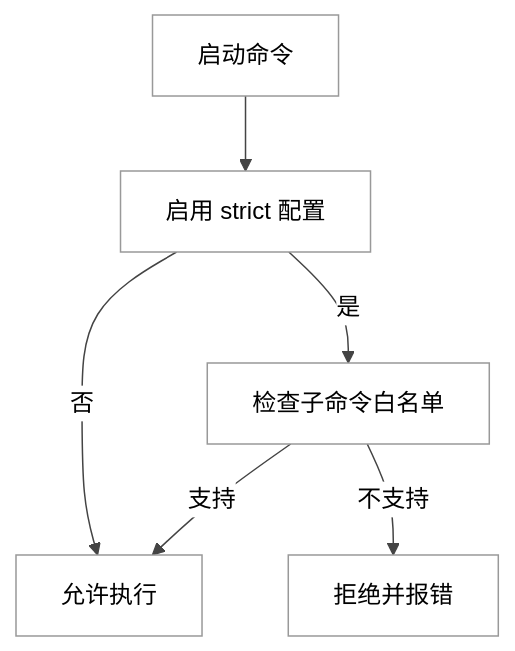
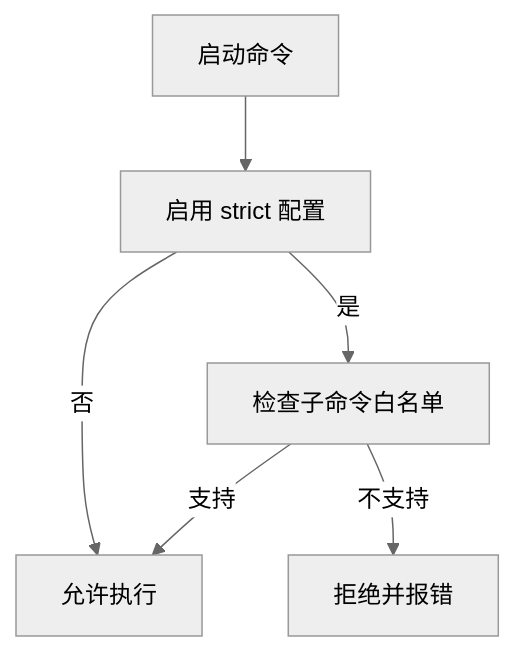
Before and after one commit to GLBB/codex-source-analysis: the fifth of 6 diagrams in Part I Principles and Usage/05-高级使用方法.md, drawn with Mermaid. The commit also changed other lines of this file and 29 other files, not shown here.

````diff
--- a/Part I Principles and Usage/05-高级使用方法.md
+++ b/Part I Principles and Usage/05-高级使用方法.md
@@ -378,15 +378,15 @@
 ```mermaid
-%%{init:{'theme':'neutral','themeVariables':{'background':'#ffffff','mainBkg':'#ffffff','primaryTextColor':'#000000','textColor':'#000000','lineColor':'#444444','edgeLabelBackground':'#ffffff','primaryColor':'#f5f5f5','secondaryColor':'#f6f8fa','tertiaryColor':'#ffffff','primaryBorderColor':'#333333','clusterBkg':'#fafafa','clusterBorder':'#888888'}}}%%
+%%{init:{'theme':'neutral','themeVariables':{'background':'#ffffff'}}}%%
 flowchart TD
     start["启动命令"]
     hasStrict["启用 strict 配置"]
     checkSub["检查子命令白名单"]
     allow["允许执行"]
     reject["拒绝并报错"]
 
     start --> hasStrict
     hasStrict -->|否| allow
     hasStrict -->|是| checkSub
     checkSub -->|支持| allow
     checkSub -->|不支持| reject
 ```
````
